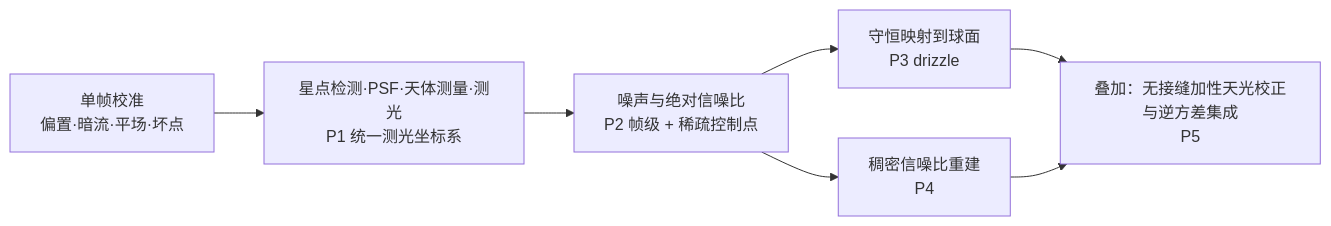
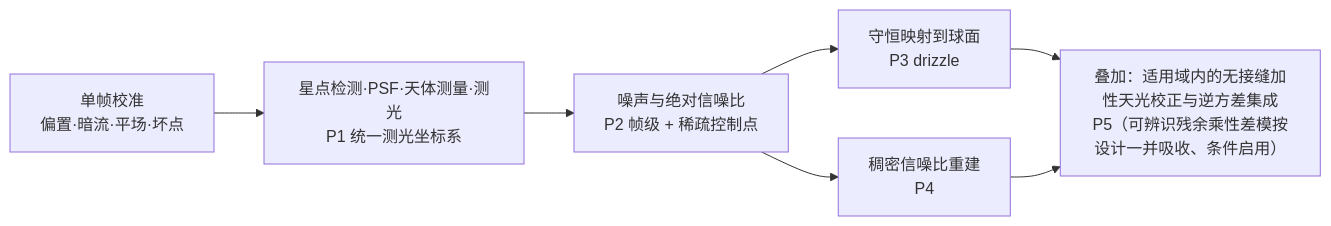
The diagram in docs/science/unified/SCIENCE_SCOPE.md (fujiaze/Astro-CS-Database), drawn with Mermaid before and after one commit. The commit also changed 6 other files, not shown here.

````diff
--- a/docs/science/unified/SCIENCE_SCOPE.md
+++ b/docs/science/unified/SCIENCE_SCOPE.md
@@ -15,9 +15,9 @@
 ```mermaid
 flowchart LR
     A["单帧校准<br/>偏置·暗流·平场·坏点"] --> B["星点检测·PSF·天体测量·测光<br/>P1 统一测光坐标系"]
     B --> C["噪声与绝对信噪比<br/>P2 帧级 + 稀疏控制点"]
     C --> D["守恒映射到球面<br/>P3 drizzle"]
-    D --> E["叠加：无接缝加性天光校正与逆方差集成<br/>P5"]
+    D --> E["叠加：适用域内的无接缝加性天光校正与逆方差集成<br/>P5（可辨识残余乘性差模按设计一并吸收、条件启用）"]
     C --> F["稠密信噪比重建<br/>P4"]
     F --> E
 ```
````
